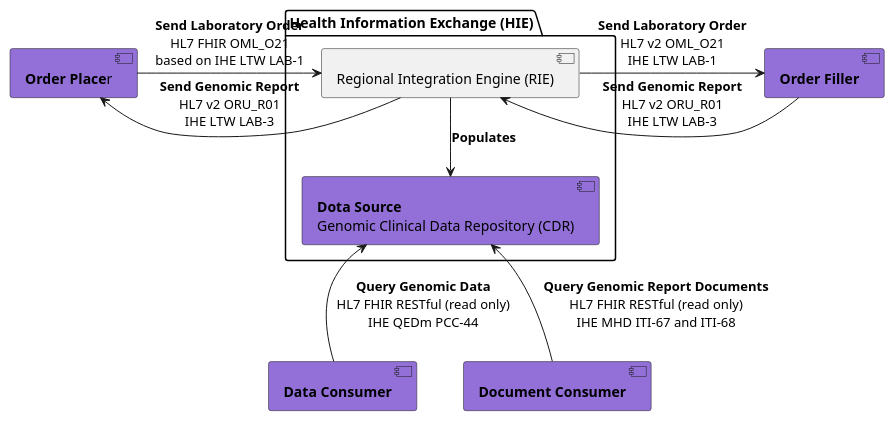
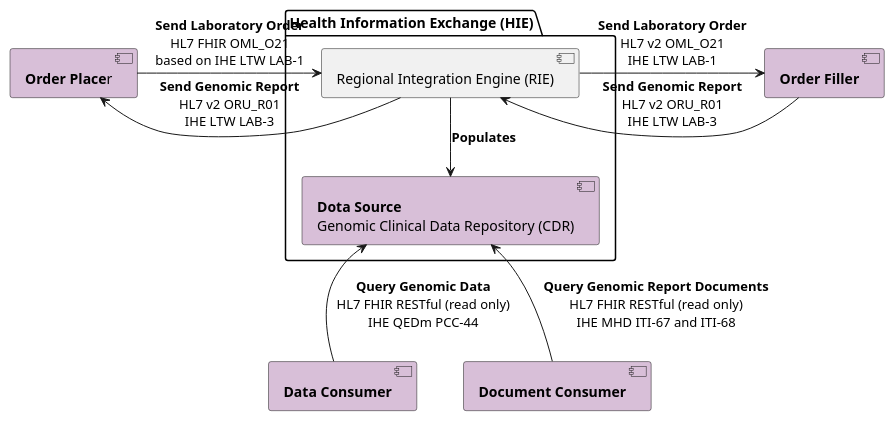
The diagram in input/images-source/overview-hie.plantuml (uk-gov-mirror/nw-gmsa.nw-gmsa.github.com), drawn with PlantUML before and after one commit. The commit also changed 1 other file, not shown here.

```diff
--- a/input/images-source/overview-hie.plantuml
+++ b/input/images-source/overview-hie.plantuml
@@ -1,20 +1,20 @@
 @startuml
 
- component "**Order Place**r" as EPR #MediumPurple
- component "**Order Filler**" as LIMS #MediumPurple
+ component "**Order Place**r" as EPR #Thistle
+ component "**Order Filler**" as LIMS #Thistle
  package "Health Information Exchange (HIE)" {
     component "Regional Integration Engine (RIE)" as TIE
-    component "**Dota Source**\nGenomic Clinical Data Repository (CDR)" as CDR #MediumPurple
+    component "**Dota Source**\nGenomic Clinical Data Repository (CDR)" as CDR #Thistle
  }
-component "**Data Consumer**" as HIE #MediumPurple
-component "**Document Consumer**" as HIEU #MediumPurple
+component "**Data Consumer**" as HIE #Thistle
+component "**Document Consumer**" as HIEU #Thistle
 
  EPR -r-> TIE : **Send Laboratory Order**\nHL7 FHIR OML_O21\nbased on IHE LTW LAB-1
  TIE -r-> LIMS: **Send Laboratory Order**\nHL7 v2 OML_O21\nIHE LTW LAB-1
  LIMS -l-> TIE : **Send Genomic Report**\nHL7 v2 ORU_R01\nIHE LTW LAB-3
  TIE -l-> EPR: **Send Genomic Report**\nHL7 v2 ORU_R01\nIHE LTW LAB-3
  TIE -d-> CDR: **Populates**
  HIE -u-> CDR: **Query Genomic Data**\nHL7 FHIR RESTful (read only)\nIHE QEDm PCC-44
  HIEU -u-> CDR: **Query Genomic Report Documents**\nHL7 FHIR RESTful (read only)\nIHE MHD ITI-67 and ITI-68
 
 @enduml
```
